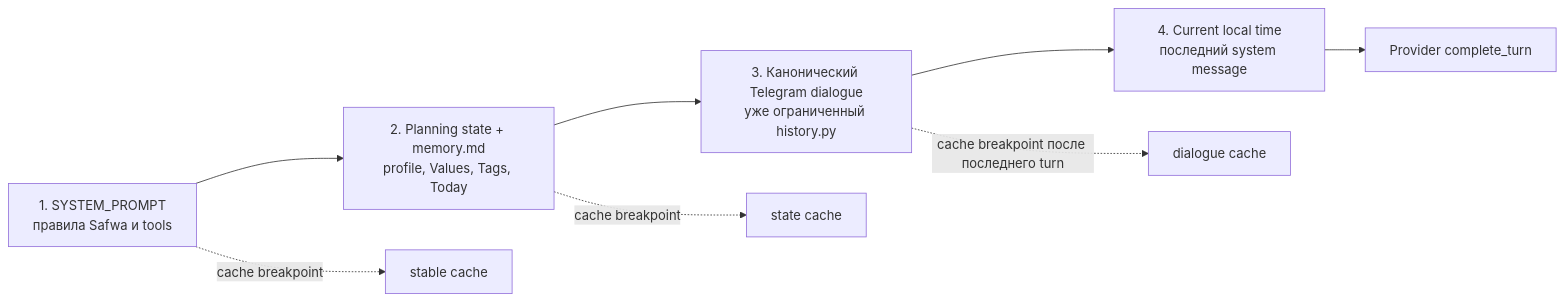
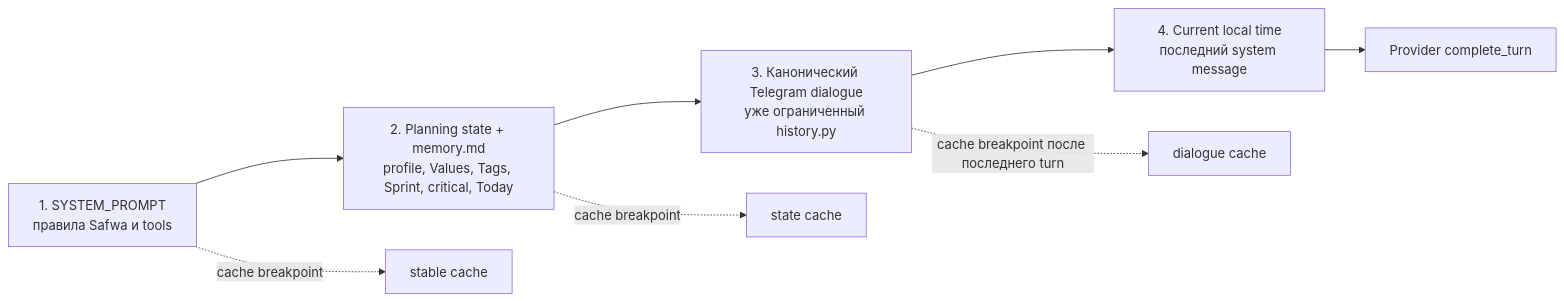
The first of 3 diagrams in docs/diagrams/03-session-contexts.md (myvaheed/tg-ai-safwa), drawn with Mermaid before and after one commit. The commit also changed other lines of this file and 22 other files, not shown here.

````diff
--- a/docs/diagrams/03-session-contexts.md
+++ b/docs/diagrams/03-session-contexts.md
@@ -14,11 +14,11 @@
 ```mermaid
 flowchart LR
-    A["1. SYSTEM_PROMPT<br/>правила Safwa и tools"] --> B["2. Planning state + memory.md<br/>profile, Values, Tags, Today"]
+    A["1. SYSTEM_PROMPT<br/>правила Safwa и tools"] --> B["2. Planning state + memory.md<br/>profile, Values, Tags, Sprint, critical, Today"]
     B --> C["3. Канонический Telegram dialogue<br/>уже ограниченный history.py"]
     C --> D["4. Current local time<br/>последний system message"]
     D --> L["Provider complete_turn"]
 
     A -.->|cache breakpoint| CA["stable cache"]
     B -.->|cache breakpoint| CB["state cache"]
     C -.->|cache breakpoint после последнего turn| CC["dialogue cache"]
 ```
````
